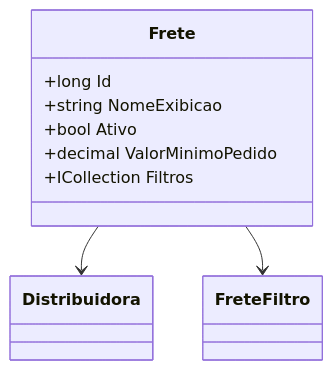
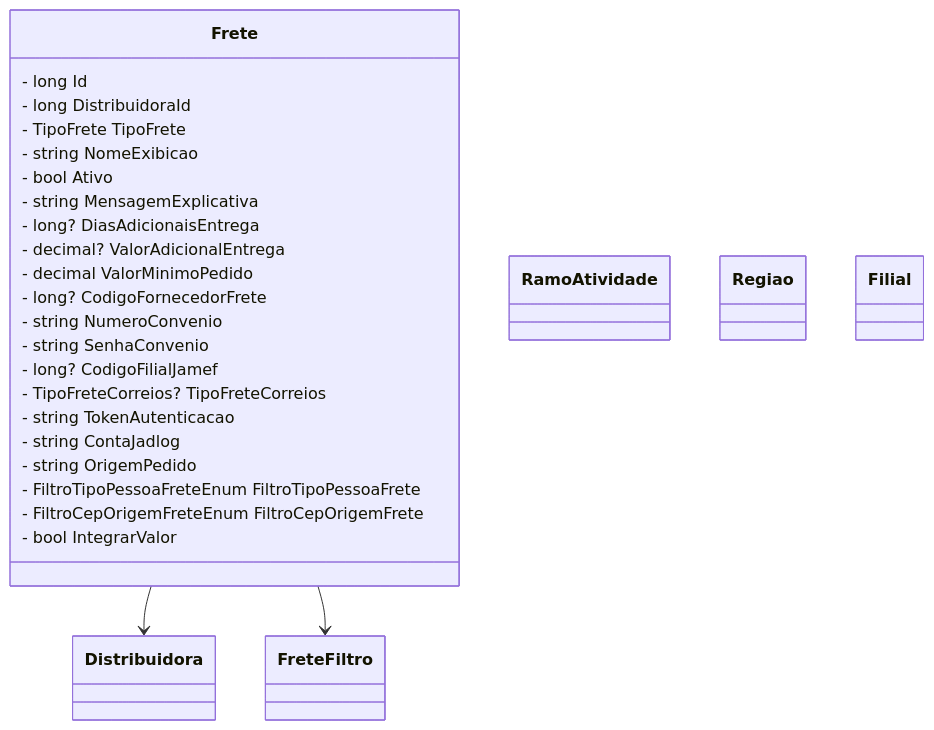
One commit to IsthmusSistemas/documentacao-tecnica changed the diagram in docs/b2b-dominio/IsthmusWinthor.Nucleo/IsthmusWinthor.Dominio/Entidades/Frete.md. Above: the diagram before and after it, drawn with Mermaid. The commit also changed other lines of this file and 882 other files, not shown here.

````diff
--- a/docs/b2b-dominio/IsthmusWinthor.Nucleo/IsthmusWinthor.Dominio/Entidades/Frete.md
+++ b/docs/b2b-dominio/IsthmusWinthor.Nucleo/IsthmusWinthor.Dominio/Entidades/Frete.md
@@ -85,12 +55,34 @@
 ```mermaid
 classDiagram
     class Frete {
-        +long Id
-        +string NomeExibicao
-        +bool Ativo
-        +decimal ValorMinimoPedido
-        +ICollection<FreteFiltro> Filtros
+        - long Id
+        - long DistribuidoraId
+        - TipoFrete TipoFrete
+        - string NomeExibicao
+        - bool Ativo
+        - string MensagemExplicativa
+        - long? DiasAdicionaisEntrega
+        - decimal? ValorAdicionalEntrega
+        - decimal ValorMinimoPedido
+        - long? CodigoFornecedorFrete
+        - string NumeroConvenio
+        - string SenhaConvenio
+        - long? CodigoFilialJamef
+        - TipoFreteCorreios? TipoFreteCorreios
+        - string TokenAutenticacao
+        - string ContaJadlog
+        - string OrigemPedido
+        - FiltroTipoPessoaFreteEnum FiltroTipoPessoaFrete
+        - FiltroCepOrigemFreteEnum FiltroCepOrigemFrete
+        - bool IntegrarValor
     }
+    
+    class Distribuidora
+    class FreteFiltro
+    class RamoAtividade
+    class Regiao
+    class Filial
+
     Frete --> Distribuidora
     Frete --> FreteFiltro
 ```
````
